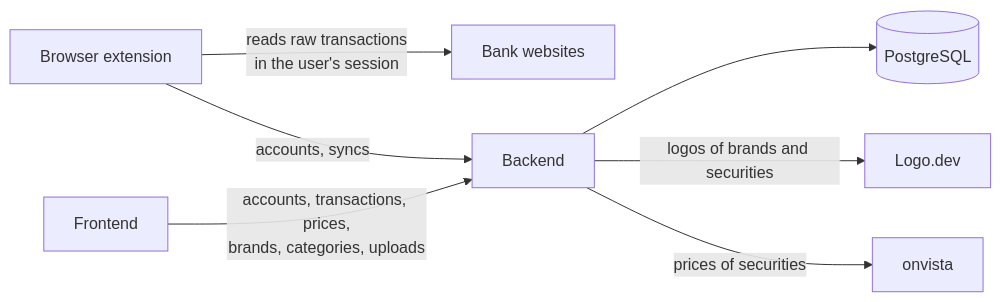
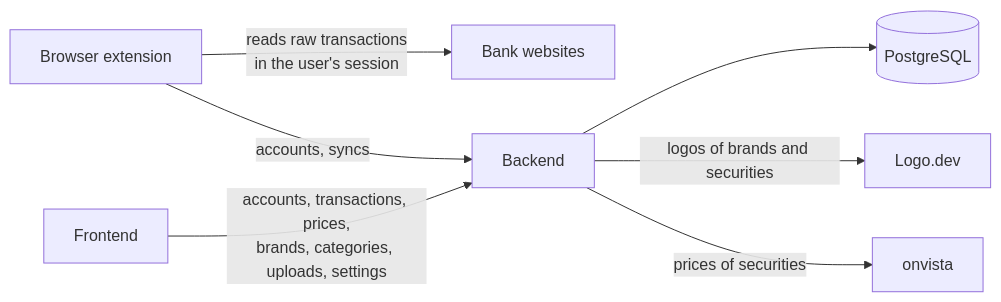
Before and after one commit to lennartmoeller/finance-tracker: the diagram in README.md, drawn with Mermaid. The commit also changed 29 other files, not shown here.

Commit message:
feat: let the user set the day transactions begin on a settings page (#67)

````diff
--- a/README.md
+++ b/README.md
@@ -15,16 +15,16 @@
 ```mermaid
 flowchart LR
   banks["Bank websites"]
   extension["Browser extension"]
   frontend["Frontend"]
   backend["Backend"]
   postgres[("PostgreSQL")]
   logodev["Logo.dev"]
   onvista["onvista"]
   extension -- "reads raw transactions<br/>in the user's session" --> banks
   extension -- "accounts, syncs" --> backend
-  frontend -- "accounts, transactions, prices,<br/>brands, categories, uploads" --> backend
+  frontend -- "accounts, transactions, prices,<br/>brands, categories, uploads, settings" --> backend
   backend --> postgres
   backend -- "logos of brands and securities" --> logodev
   backend -- "prices of securities" --> onvista
 ```
````
